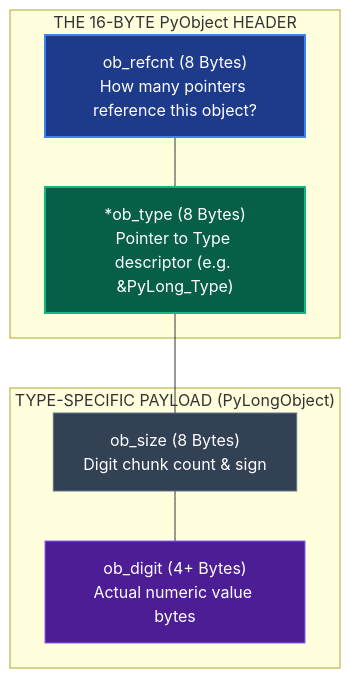
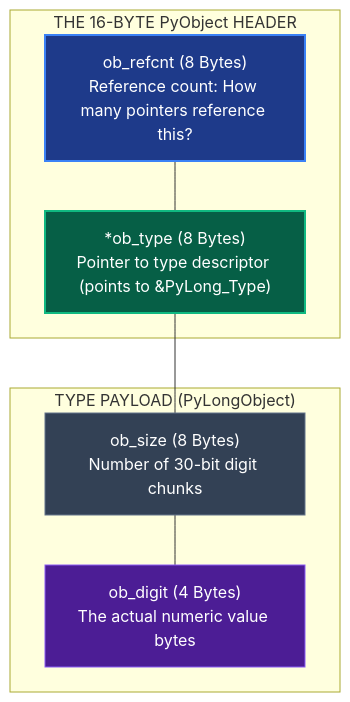
Before and after one commit to AchuAshwath/Cthru-Python: the first of 3 diagrams in src/content/docs/foundations/the-pyobject.mdx, drawn with Mermaid. The commit also changed other lines of this file and 3 other files, not shown here.

````diff
--- a/src/content/docs/foundations/the-pyobject.mdx
+++ b/src/content/docs/foundations/the-pyobject.mdx
@@ -35,19 +35,19 @@
 ```mermaid
 flowchart TD
     subgraph Header["THE 16-BYTE PyObject HEADER"]
-        Ref["ob_refcnt (8 Bytes)<br/>How many pointers reference this object?"]
-        Type["*ob_type (8 Bytes)<br/>Pointer to Type descriptor (e.g. &PyLong_Type)"]
+        Ref["ob_refcnt (8 Bytes)<br/>Reference count: How many pointers reference this?"]
+        Type["*ob_type (8 Bytes)<br/>Pointer to type descriptor (points to &PyLong_Type)"]
     end
 
-    subgraph Payload["TYPE-SPECIFIC PAYLOAD (PyLongObject)"]
-        Size["ob_size (8 Bytes)<br/>Digit chunk count & sign"]
-        Digits["ob_digit (4+ Bytes)<br/>Actual numeric value bytes"]
+    subgraph Payload["TYPE PAYLOAD (PyLongObject)"]
+        Size["ob_size (8 Bytes)<br/>Number of 30-bit digit chunks"]
+        Digits["ob_digit (4 Bytes)<br/>The actual numeric value bytes"]
     end
 
     Ref --- Type --- Size --- Digits
 
     style Ref fill:#1e3a8a,stroke:#3b82f6,stroke-width:2px,color:#fff
     style Type fill:#065f46,stroke:#10b981,stroke-width:2px,color:#fff
     style Size fill:#334155,stroke:#64748b,stroke-width:1px,color:#fff
     style Digits fill:#4c1d95,stroke:#8b5cf6,stroke-width:1px,color:#fff
 ```
````
